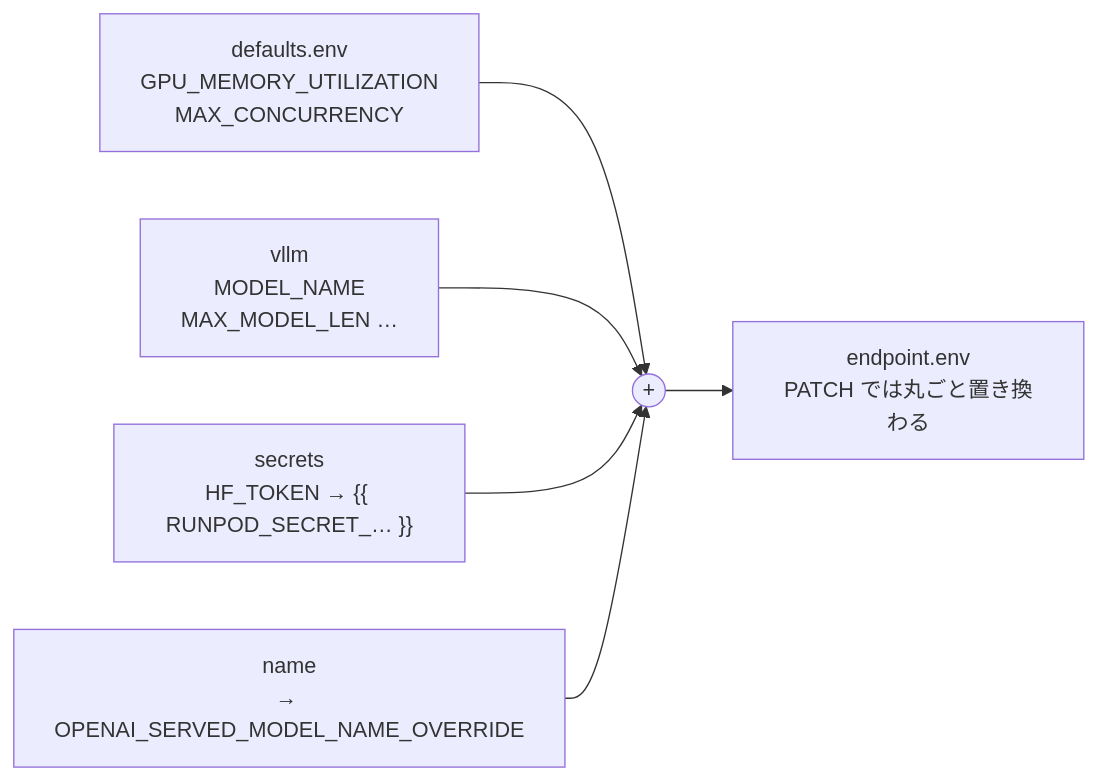
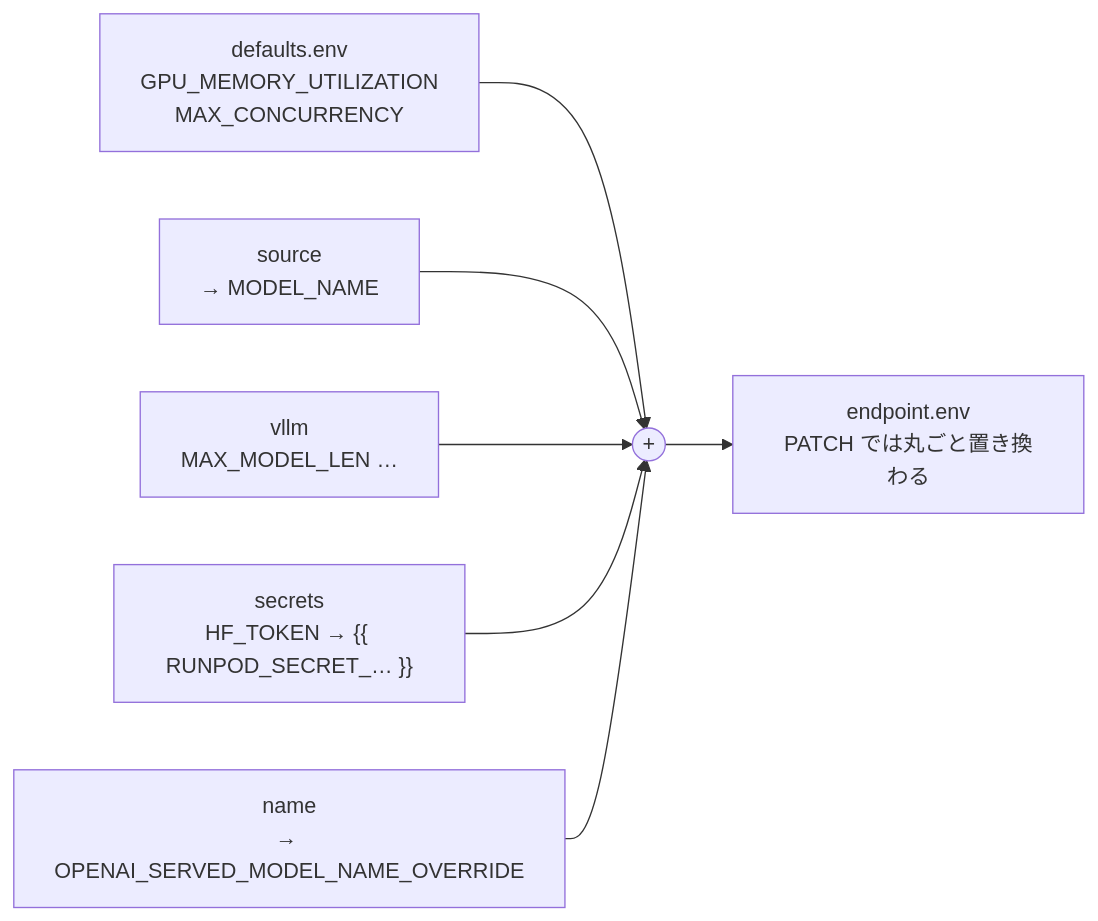
The fourth of 5 diagrams in README.md (YuSa0-6/loorel), drawn with Mermaid before and after one commit. The commit also changed other lines of this file and 32 other files, not shown here.

````diff
--- a/README.md
+++ b/README.md
@@ -274,8 +369,9 @@
 ```mermaid
 flowchart LR
   D["defaults.env<br>GPU_MEMORY_UTILIZATION<br>MAX_CONCURRENCY"] --> M(("+"))
-  V["vllm<br>MODEL_NAME<br>MAX_MODEL_LEN …"] --> M
+  SRC["source<br>→ MODEL_NAME"] --> M
+  V["vllm<br>MAX_MODEL_LEN …"] --> M
   S["secrets<br>HF_TOKEN → {{ RUNPOD_SECRET_… }}"] --> M
   N["name<br>→ OPENAI_SERVED_MODEL_NAME_OVERRIDE"] --> M
   M --> E["endpoint.env<br>PATCH では丸ごと置き換わる"]
 ```
````
